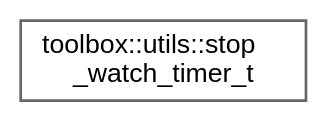
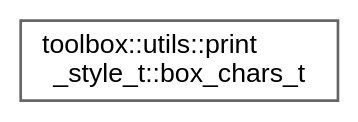
One commit to nerdneilsfield/cpp-toolbox changed the diagram in inherit_graph_87.dot. Above: the diagram before and after it, drawn with Graphviz. The commit also changed 120 other files, not shown here.

```diff
--- a/inherit_graph_87.dot
+++ b/inherit_graph_87.dot
@@ -1,9 +1,9 @@
 digraph "Graphical Class Hierarchy"
 {
  // LATEX_PDF_SIZE
   bgcolor="transparent";
   edge [fontname=Helvetica,fontsize=10,labelfontname=Helvetica,labelfontsize=10];
   node [fontname=Helvetica,fontsize=10,shape=box,height=0.2,width=0.4];
   rankdir="LR";
-  Node0 [id="Node000000",label="toolbox::utils::stop\l_watch_timer_t",height=0.2,width=0.4,color="grey40", fillcolor="white", style="filled",URL="$classtoolbox_1_1utils_1_1stop__watch__timer__t.html",tooltip="A high-resolution stopwatch timer for measuring elapsed time."];
+  Node0 [id="Node000000",label="toolbox::utils::print\l_style_t::box_chars_t",height=0.2,width=0.4,color="grey40", fillcolor="white", style="filled",URL="$structtoolbox_1_1utils_1_1print__style__t_1_1box__chars__t.html",tooltip=" "];
 }
```
